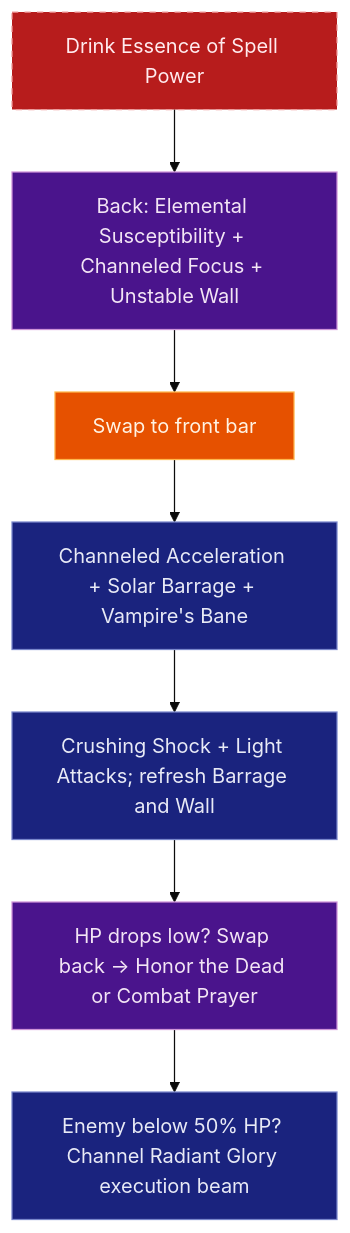
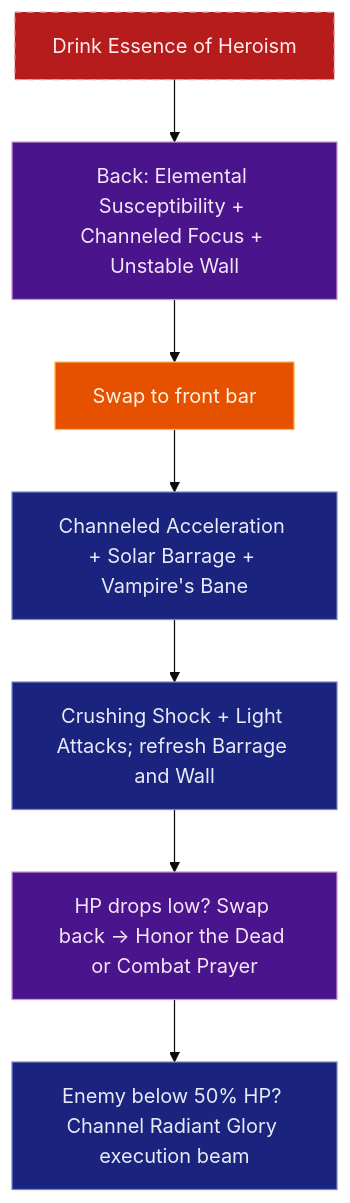
One commit to solaegis/CharacterMarkdown changed the second of 3 diagrams in examples/solaegis/na/pelatiah_plan.md. Above: the diagram before and after it, drawn with Mermaid (base theme). The commit also changed other lines of this file and 23 other files, not shown here.

````diff
--- a/examples/solaegis/na/pelatiah_plan.md
+++ b/examples/solaegis/na/pelatiah_plan.md
@@ -126,14 +126,14 @@
 ```mermaid
 flowchart TD
     classDef start fill:#B71C1C,stroke:#EF9A9A,stroke-dasharray:5 5,color:#FFEBEE
     classDef backbar fill:#4A148C,stroke:#CE93D8,color:#F3E5F5
     classDef swap fill:#E65100,stroke:#FFB74D,color:#FFF3E3
     classDef frontbar fill:#1A237E,stroke:#7986CB,color:#E8EAF6
 
-    A["Drink Essence of Spell Power"]:::start --> B["Back: Elemental Susceptibility + Channeled Focus + Unstable Wall"]:::backbar
+    A["Drink Essence of Heroism"]:::start --> B["Back: Elemental Susceptibility + Channeled Focus + Unstable Wall"]:::backbar
     B --> C["Swap to front bar"]:::swap
     C --> D["Channeled Acceleration + Solar Barrage + Vampire's Bane"]:::frontbar
     D --> E["Crushing Shock + Light Attacks; refresh Barrage and Wall"]:::frontbar
     E --> F["HP drops low? Swap back → Honor the Dead or Combat Prayer"]:::backbar
     F --> G["Enemy below 50% HP? Channel Radiant Glory execution beam"]:::frontbar
 ```
````
